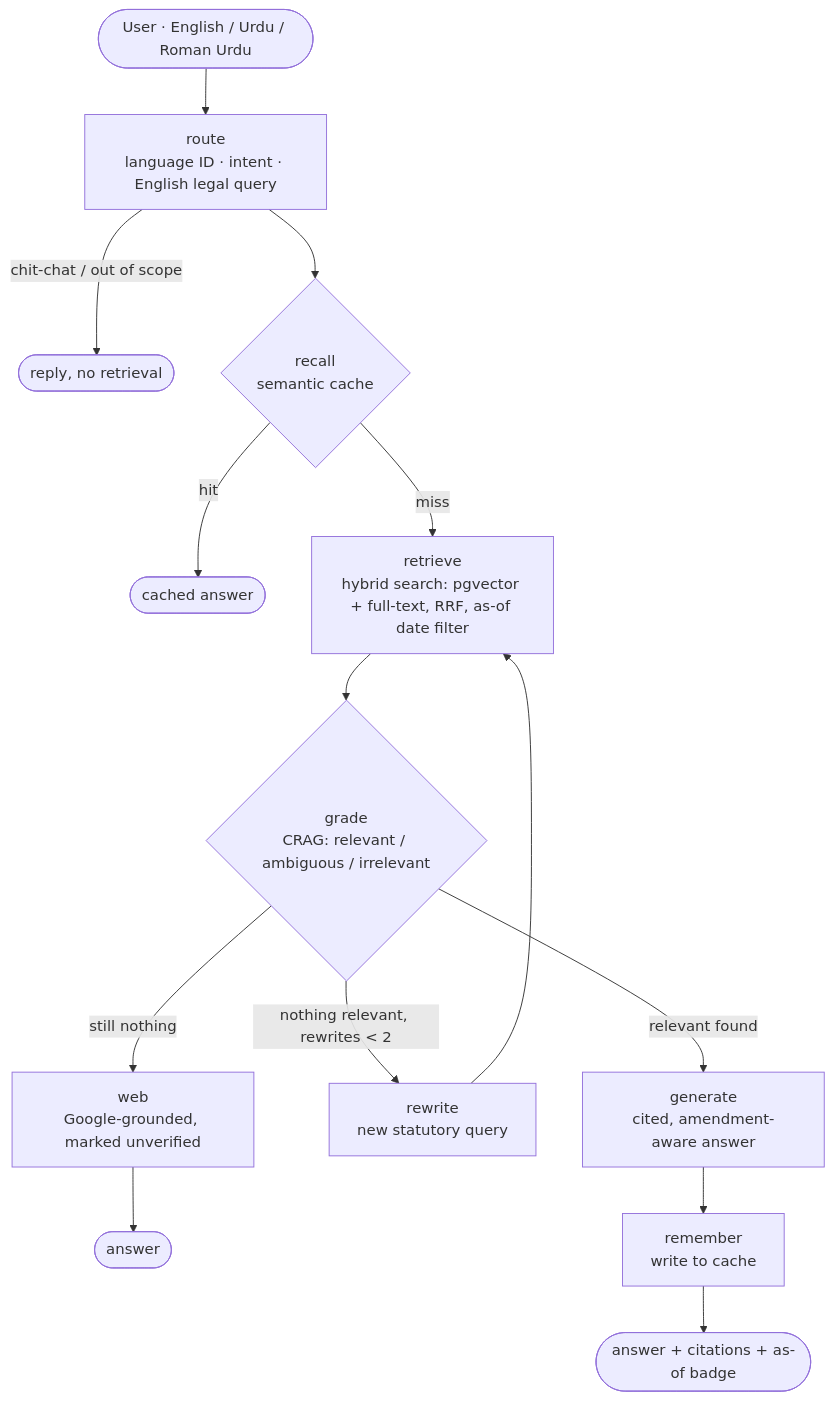
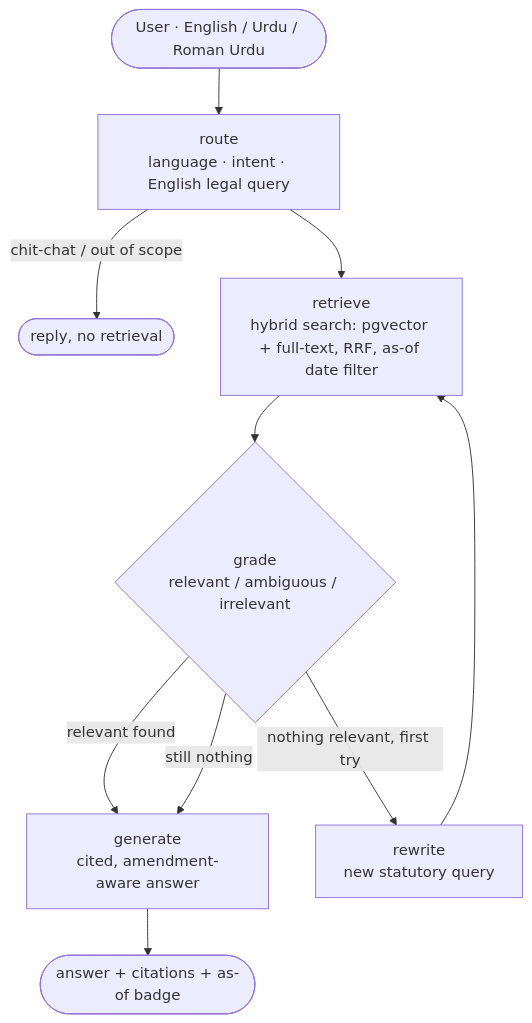
Before and after one commit to AbdullahPatti/TaxChronos: the diagram in README.md, drawn with Mermaid. The commit also changed other lines of this file, not shown here.

````diff
--- a/README.md
+++ b/README.md
@@ -7,13 +111,11 @@
 ```mermaid
 flowchart TD
-    U([User · English / Urdu / Roman Urdu]) --> R[route<br/>language ID · intent · English legal query]
+    U([User · English / Urdu / Roman Urdu]) --> R[route<br/>language · intent · English legal query]
     R -- chit-chat / out of scope --> X([reply, no retrieval])
-    R --> C{recall<br/>semantic cache}
-    C -- hit --> X2([cached answer])
-    C -- miss --> H[retrieve<br/>hybrid search: pgvector + full-text, RRF, as-of date filter]
-    H --> G{grade<br/>CRAG: relevant / ambiguous / irrelevant}
+    R --> H[retrieve<br/>hybrid search: pgvector + full-text, RRF, as-of date filter]
+    H --> G{grade<br/>relevant / ambiguous / irrelevant}
     G -- relevant found --> A[generate<br/>cited, amendment-aware answer]
-    G -- nothing relevant, rewrites < 2 --> W[rewrite<br/>new statutory query] --> H
-    G -- still nothing --> WEB[web<br/>Google-grounded, marked unverified] --> X3([answer])
-    A --> M[remember<br/>write to cache] --> X4([answer + citations + as-of badge])
+    G -- nothing relevant, first try --> W[rewrite<br/>new statutory query] --> H
+    G -- still nothing --> A
+    A --> X4([answer + citations + as-of badge])
 ```
````
